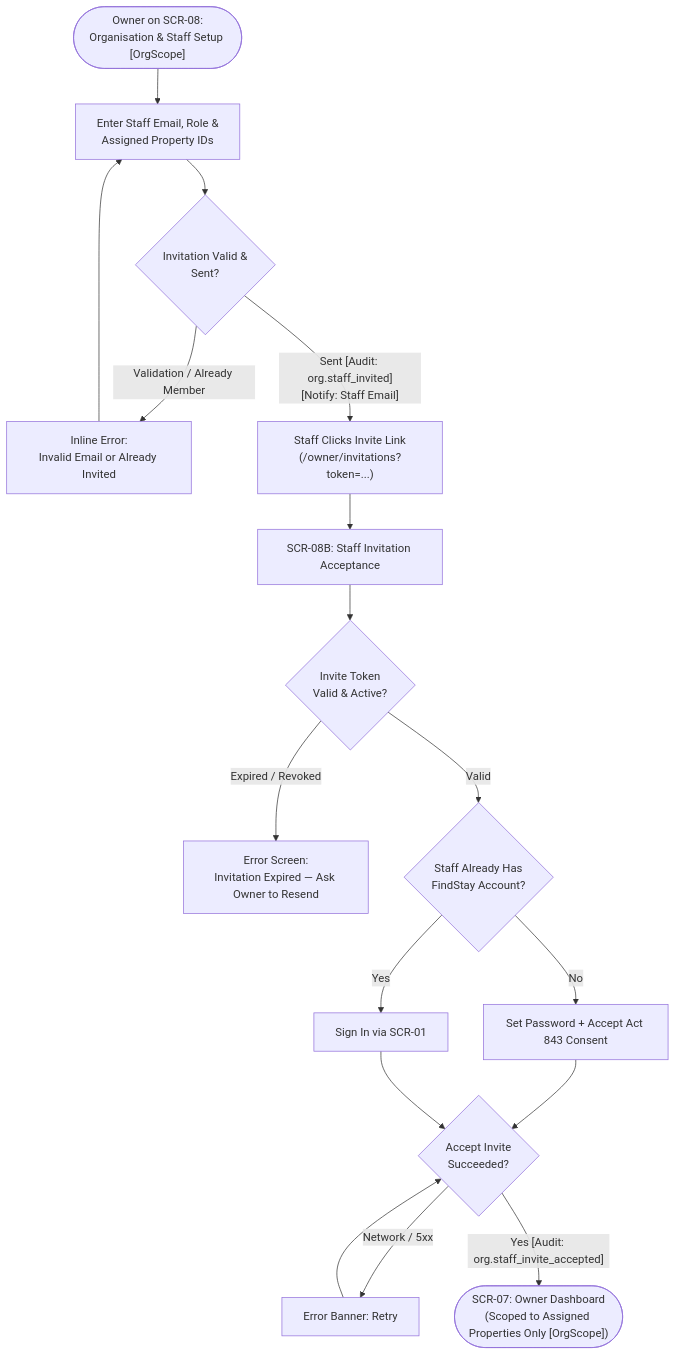
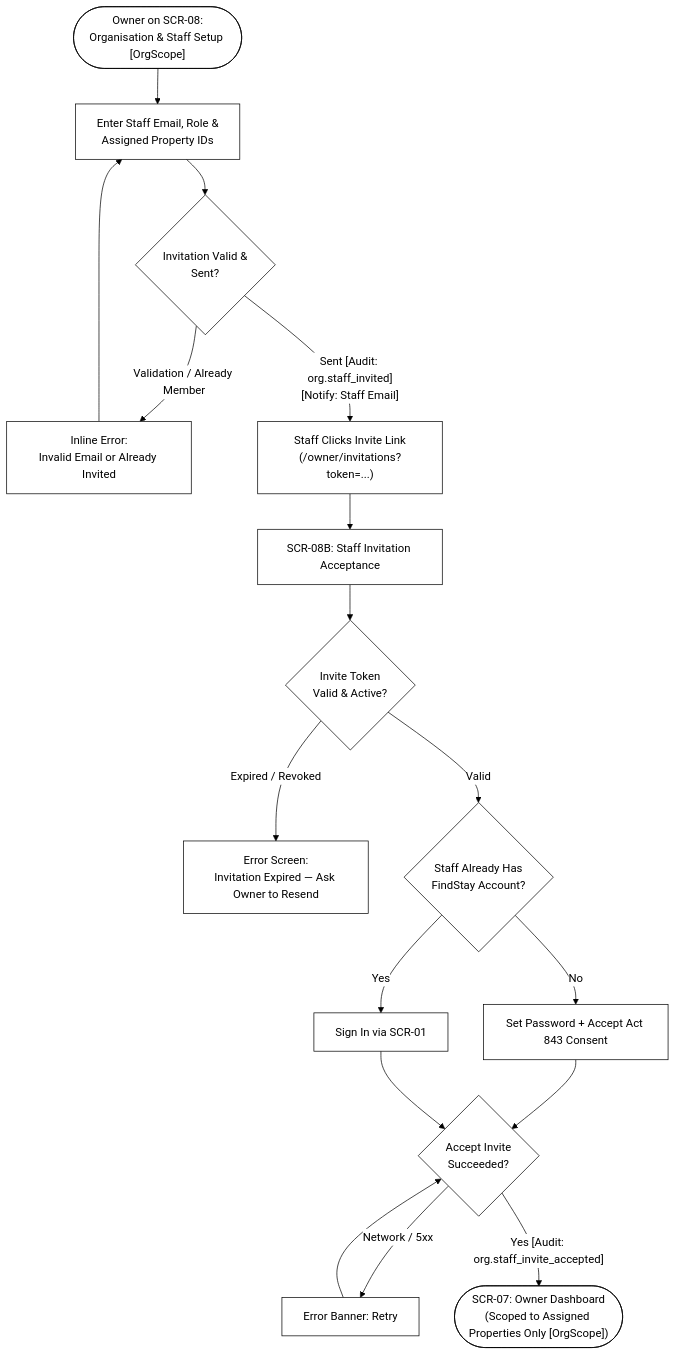
Before and after one commit to ObboyeBossman/findstay: the second of 5 diagrams in docs/design/user-flows.md, drawn with Mermaid. The commit also changed other lines of this file, not shown here.

Commit message:
docs(s1-01-t3): style Mermaid user flow diagrams in black and white

````diff
--- a/docs/design/user-flows.md
+++ b/docs/design/user-flows.md
@@ -163,21 +164,22 @@
 ```mermaid
+%%{init: {'theme': 'base', 'themeVariables': { 'primaryColor': '#ffffff', 'primaryTextColor': '#000000', 'primaryBorderColor': '#000000', 'lineColor': '#000000', 'secondaryColor': '#ffffff', 'tertiaryColor': '#ffffff', 'background': '#ffffff', 'nodeBkg': '#ffffff', 'nodeBorder': '#000000', 'clusterBkg': '#ffffff', 'clusterBorder': '#000000', 'edgeLabelBackground': '#ffffff', 'textColor': '#000000' }}}%%
 flowchart TD
     Owner(["Owner on SCR-08:<br/>Organisation & Staff Setup [OrgScope]"]) --> InviteForm["Enter Staff Email, Role &<br/>Assigned Property IDs"]
     InviteForm --> SendInvite{"Invitation Valid &<br/>Sent?"}
     SendInvite -- "Validation / Already Member" --> ErrInv["Inline Error:<br/>Invalid Email or Already Invited"]
     ErrInv --> InviteForm
     SendInvite -- "Sent [Audit: org.staff_invited]<br/>[Notify: Staff Email]" --> StaffClick["Staff Clicks Invite Link<br/>(/owner/invitations?token=...)"]
 
     StaffClick --> SCR08B["SCR-08B: Staff Invitation Acceptance"]
     SCR08B --> TokenOK{"Invite Token<br/>Valid & Active?"}
     TokenOK -- "Expired / Revoked" --> ErrToken["Error Screen:<br/>Invitation Expired — Ask Owner to Resend"]
     TokenOK -- "Valid" --> HasAccount{"Staff Already Has<br/>FindStay Account?"}
 
     HasAccount -- "No" --> SetPass["Set Password + Accept Act 843 Consent"]
     SetPass --> AcceptCall
     HasAccount -- "Yes" --> SignInStaff["Sign In via SCR-01"] --> AcceptCall
 
     AcceptCall{"Accept Invite<br/>Succeeded?"} -- "Network / 5xx" --> ErrAccept["Error Banner: Retry"]
     ErrAccept --> AcceptCall
     AcceptCall -- "Yes [Audit: org.staff_invite_accepted]" --> ScopedDash(["SCR-07: Owner Dashboard<br/>(Scoped to Assigned Properties Only [OrgScope])"])
 ```
````
